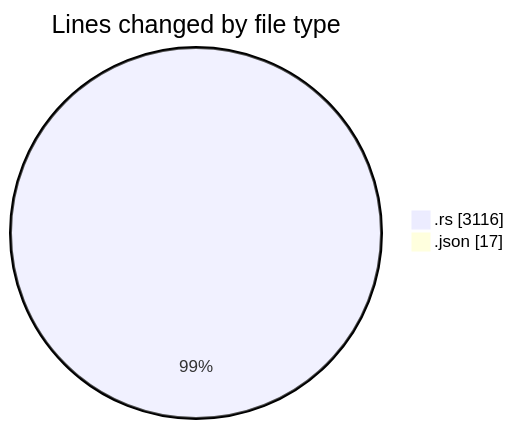
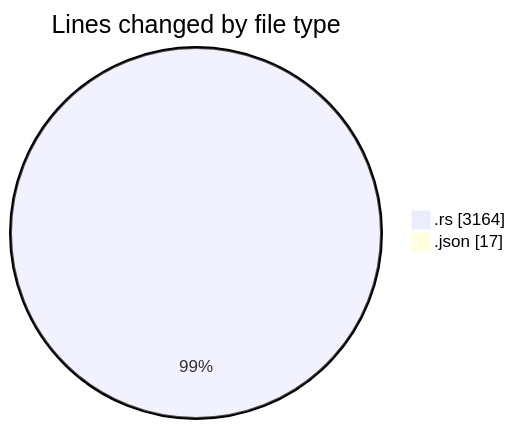
One commit to Ritupan-Deka/code-tracking changed the first of 2 diagrams in 2025-12-28/rust/README.md. Above: the diagram before and after it, drawn with Mermaid. The commit also changed other lines of this file and 1 other file, not shown here.

````diff
--- a/2025-12-28/rust/README.md
+++ b/2025-12-28/rust/README.md
@@ -21,6 +21,6 @@
 ```mermaid
 pie showData
 title Lines changed by file type
-".rs" : 3116
+".rs" : 3164
 ".json" : 17
 ```
````
